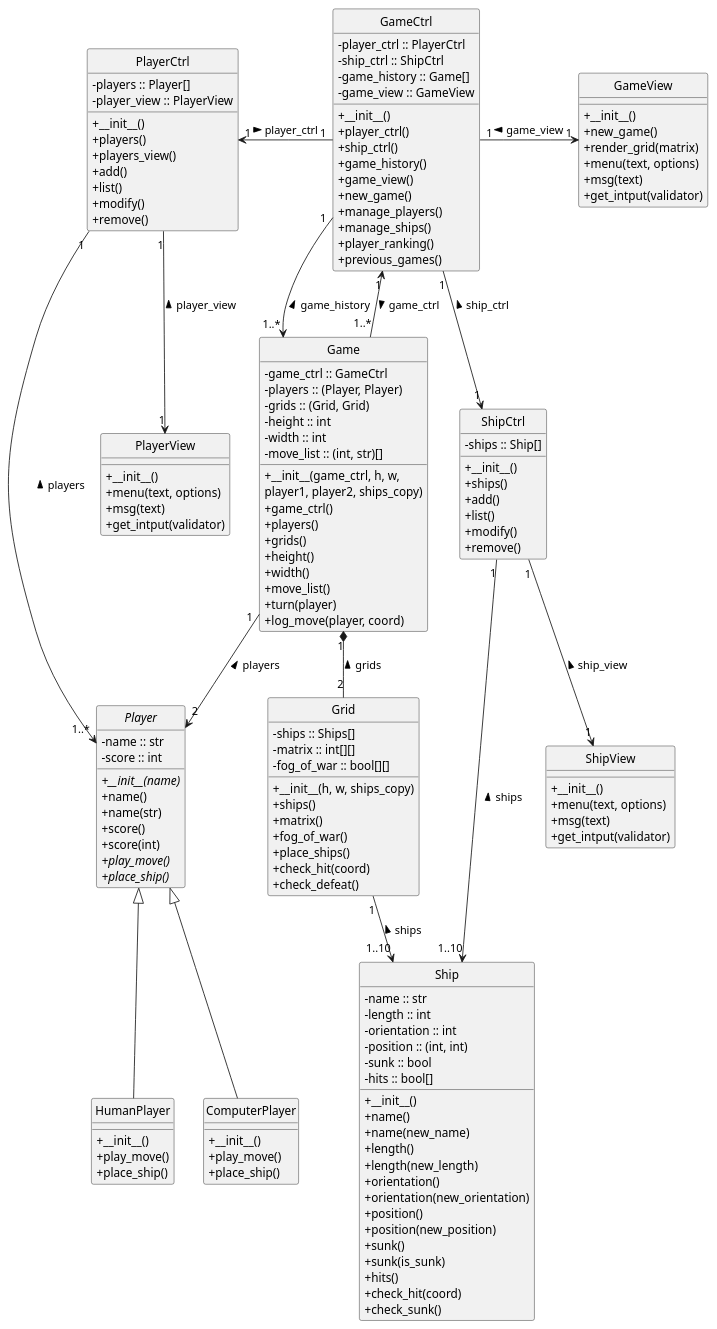
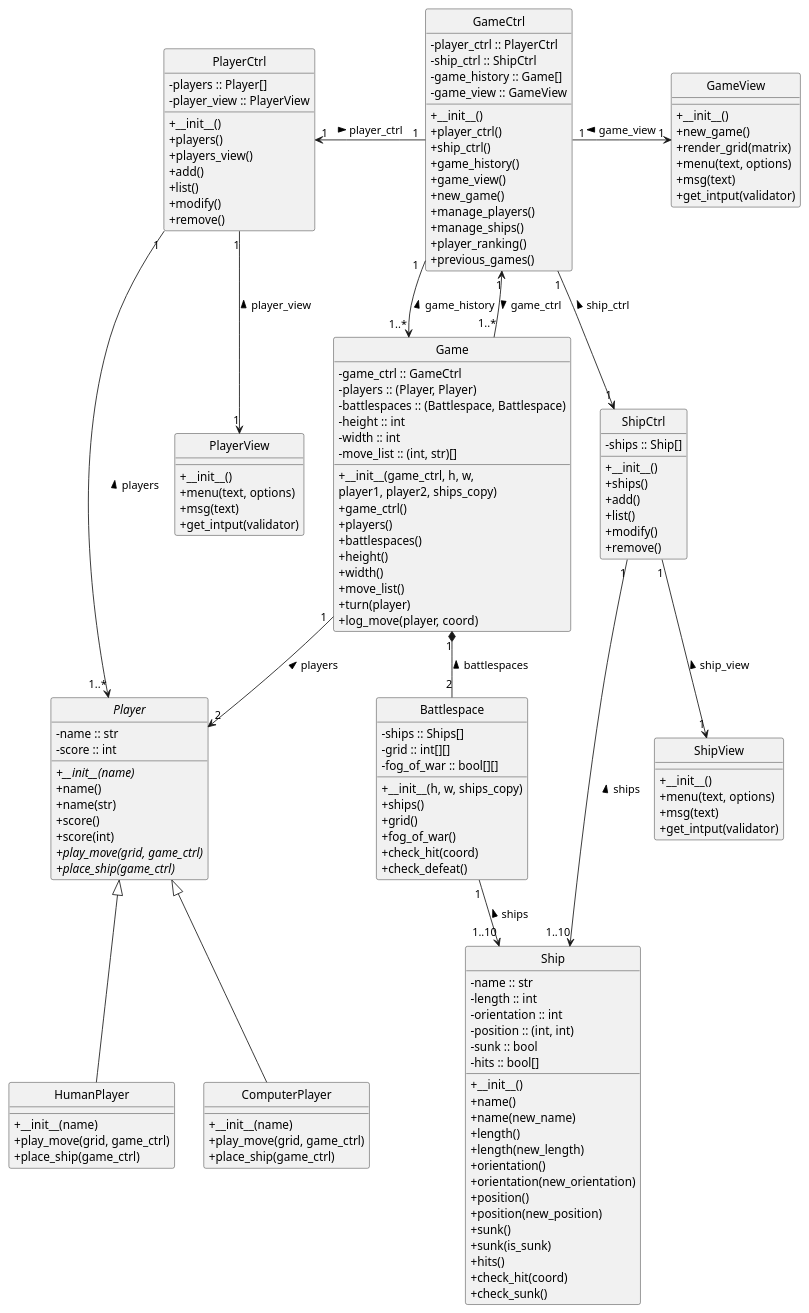
Before and after one commit to leoniro/battleship: the diagram in uml_diagram.puml, drawn with PlantUML. The commit also changed 5 other files, not shown here.

```diff
--- a/uml_diagram.puml
+++ b/uml_diagram.puml
@@ -1,170 +1,169 @@
 @startuml battleship_class_diagram
 
 skinparam classAttributeIconSize 0
 'left to right direction
 hide circle
 
 class Game {
     - game_ctrl :: GameCtrl
     - players :: (Player, Player) {field}
-    - grids :: (Grid, Grid) {field}
+    - battlespaces :: (Battlespace, Battlespace) {field}
     - height :: int
     - width :: int
     - move_list :: (int, str)[] {field}
     + __init__(game_ctrl, h, w,
             player1, player2, ships_copy)
     + game_ctrl()
     + players()
-    + grids()
+    + battlespaces()
     + height()
     + width()
     + move_list()
     + turn(player)
     + log_move(player, coord)
 }
 
 class GameCtrl {
     - player_ctrl :: PlayerCtrl
     - ship_ctrl :: ShipCtrl
     - game_history :: Game[]
     - game_view :: GameView
     + __init__()
     + player_ctrl()
     + ship_ctrl()
     + game_history()
     + game_view()
     + new_game()
     + manage_players()
     + manage_ships()
     + player_ranking()
     + previous_games()
 }
 
 class GameView {
     + __init__()
     + new_game()
     + render_grid(matrix)
     + menu(text, options)
     + msg(text)
     + get_intput(validator)
 }
 
-class Grid {
+class Battlespace {
     - ships :: Ships[]
-    - matrix :: int[][]
+    - grid :: int[][]
     - fog_of_war :: bool[][]
     + __init__(h, w, ships_copy)
     + ships()
-    + matrix()
+    + grid()
     + fog_of_war()
-    + place_ships()
     + check_hit(coord)
     + check_defeat()
 }
 
 class Ship {
     - name :: str
     - length :: int
     - orientation :: int
     - position :: (int, int) {field}
     - sunk :: bool
     - hits :: bool[]
     + __init__()
     + name()
     + name(new_name)
     + length()
     + length(new_length)
     + orientation()
     + orientation(new_orientation)
     + position()
     + position(new_position)
     + sunk()
     + sunk(is_sunk)
     + hits()
     + check_hit(coord)
     + check_sunk()
 }
 
 class ShipCtrl{
     - ships :: Ship[]
     + __init__()
     + ships()
     + add()
     + list()
     + modify()
     + remove()
 }
 
 class ShipView {
     + __init__()
     + menu(text, options)
     + msg(text)
     + get_intput(validator)
     
 }
 
 class PlayerCtrl {
     - players :: Player[]
     - player_view :: PlayerView
     + __init__()
     + players()
     + players_view()
     + add()
     + list()
     + modify()
     + remove()
 }
 
 abstract class Player {
     - name :: str
     - score :: int
     + __init__(name) {abstract}
     + name()
     + name(str)
     + score()
     + score(int)
-    + play_move() {abstract}
-    + place_ship() {abstract}
+    + play_move(grid, game_ctrl) {abstract}
+    + place_ship(game_ctrl) {abstract}
 }
 
 class PlayerView {
     + __init__()
     + menu(text, options)
     + msg(text)
     + get_intput(validator)
 }
 
 class HumanPlayer {
-    + __init__()
-    + play_move()
-    + place_ship()
+    + __init__(name)
+    + play_move(grid, game_ctrl)
+    + place_ship(game_ctrl)
 }
 class ComputerPlayer {
-    + __init__()
-    + play_move()
-    + place_ship()
+    + __init__(name)
+    + play_move(grid, game_ctrl)
+    + place_ship(game_ctrl)
 }
 
 
 GameCtrl "1" --> "1..*" Game : game_history <
 GameCtrl "1" <-- "1..*" Game : game_ctrl >
 GameCtrl "1" -r-> "1" GameView : game_view <
 
 GameCtrl "1" -l-> "1" PlayerCtrl : player_ctrl <
 GameCtrl "1" --> "1" ShipCtrl : ship_ctrl <
 
 PlayerCtrl "1" --> "1..*" Player : players <
 PlayerCtrl "1" --> "1" PlayerView : player_view <
 
 Game "1" --> "2" Player : players <
 
 Player <|-- HumanPlayer
 Player <|-- ComputerPlayer
 
-Game "1" *-- "2" Grid : grids <
+Game "1" *-- "2" Battlespace : battlespaces <
 
 ShipCtrl "1" --> "1..10" Ship : ships <
 ShipCtrl "1" --> "1" ShipView : ship_view <
-Grid "1" --> "1..10" Ship : ships <
+Battlespace "1" --> "1..10" Ship : ships <
 
 @enduml
```
